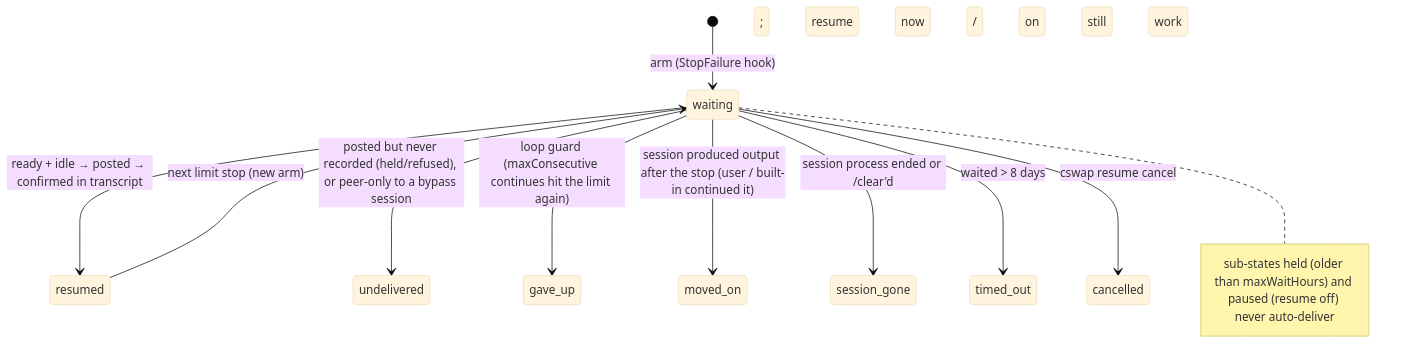
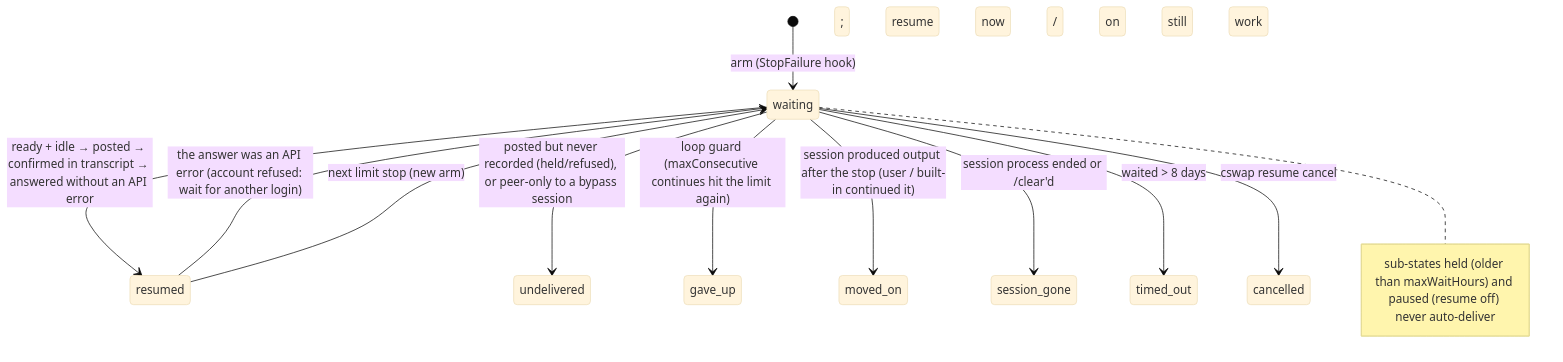
Before and after one commit to realiti4/claude-swap: the second of 2 diagrams in docs/HOW-IT-WORKS.md, drawn with Mermaid (base theme). The commit also changed other lines of this file and 8 other files, not shown here.

First line of the commit message:
fix(resume): stop continuing sessions onto a lapsed account and calling it resumed

````diff
--- a/docs/HOW-IT-WORKS.md
+++ b/docs/HOW-IT-WORKS.md
@@ -236,13 +246,14 @@
 ```mermaid
 stateDiagram-v2
     [*] --> waiting: arm (StopFailure hook)
-    waiting --> resumed: ready + idle → posted → confirmed in transcript
+    waiting --> resumed: ready + idle → posted → confirmed in transcript → answered without an API error
+    resumed --> waiting: the answer was an API error (account refused: wait for another login)
     waiting --> undelivered: posted but never recorded (held/refused), or peer-only to a bypass session
     waiting --> gave_up: loop guard (maxConsecutive continues hit the limit again)
     waiting --> moved_on: session produced output after the stop (user / built-in continued it)
     waiting --> session_gone: session process ended or /clear'd
     waiting --> timed_out: waited > 8 days
     waiting --> cancelled: cswap resume cancel
     note right of waiting: sub-states held (older than maxWaitHours) and paused (resume off) never auto-deliver; resume now / on still work
     resumed --> waiting: next limit stop (new arm)
 ```
````
